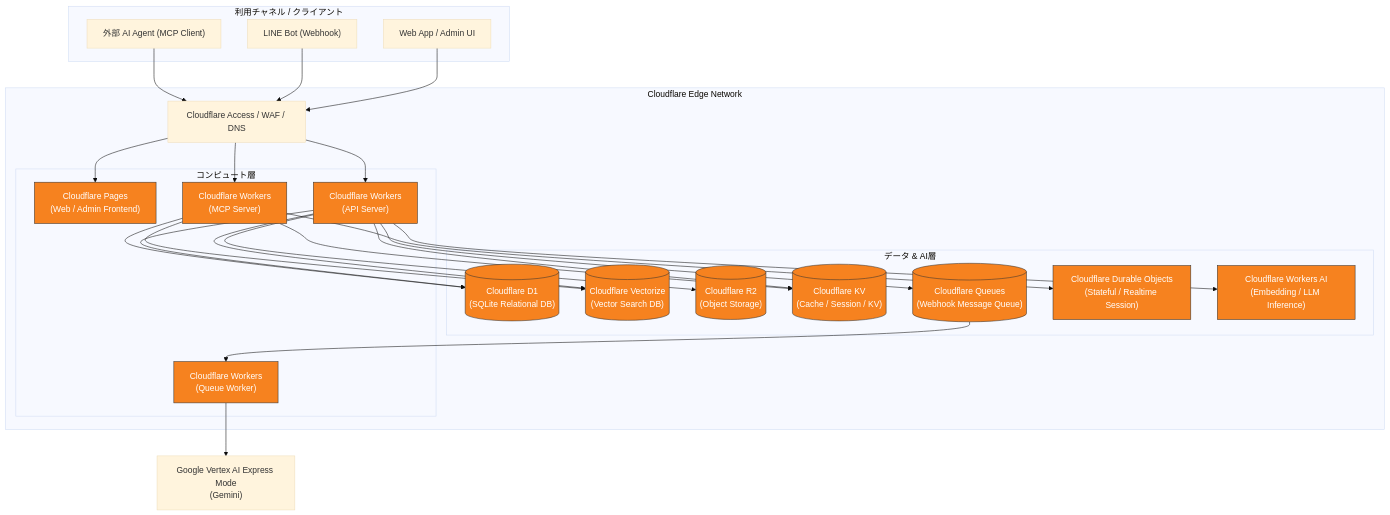
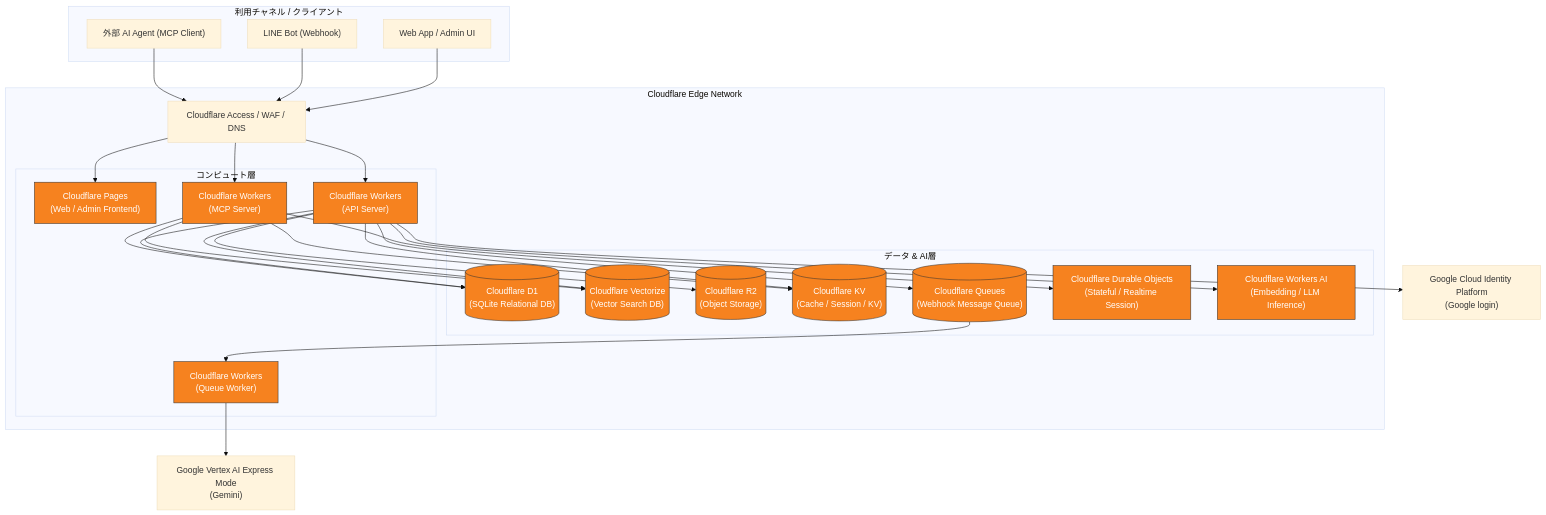
Before and after one commit to kkyosuke/me-builder: the first of 3 diagrams in docs/architecture/infrastructure-architecture.md, drawn with Mermaid (base theme). The commit also changed other lines of this file and 66 other files, not shown here.

````diff
--- a/docs/architecture/infrastructure-architecture.md
+++ b/docs/architecture/infrastructure-architecture.md
@@ -33,57 +33,59 @@
 ```mermaid
 flowchart TD
     subgraph Clients["利用チャネル / クライアント"]
         Web["Web App / Admin UI"]
         LINE["LINE Bot (Webhook)"]
         Agent["外部 AI Agent (MCP Client)"]
     end
 
     subgraph Edge["Cloudflare Edge Network"]
         CF_Sec["Cloudflare Access / WAF / DNS"]
         
         subgraph Compute["コンピュート層"]
             Pages["Cloudflare Pages<br/>(Web / Admin Frontend)"]
             WorkersAPI["Cloudflare Workers<br/>(API Server)"]
             WorkersMCP["Cloudflare Workers<br/>(MCP Server)"]
             WorkersWorker["Cloudflare Workers<br/>(Queue Worker)"]
         end
 
         subgraph Storage["データ & AI層"]
             D1[("Cloudflare D1<br/>(SQLite Relational DB)")]
             Vectorize[("Cloudflare Vectorize<br/>(Vector Search DB)")]
             R2[("Cloudflare R2<br/>(Object Storage)")]
             KV[("Cloudflare KV<br/>(Cache / Session / KV)")]
             Queues[("Cloudflare Queues<br/>(Webhook Message Queue)")]
             DO["Cloudflare Durable Objects<br/>(Stateful / Realtime Session)"]
             WorkersAI["Cloudflare Workers AI<br/>(Embedding / LLM Inference)"]
         end
     end
 
     Gemini["Google Vertex AI Express Mode<br/>(Gemini)"]
+    IdentityPlatform["Google Cloud Identity Platform<br/>(Google login)"]
 
     Web --> CF_Sec
     LINE --> CF_Sec
     Agent --> CF_Sec
 
     CF_Sec --> Pages
     CF_Sec --> WorkersAPI
     CF_Sec --> WorkersMCP
 
     WorkersAPI --> Queues
     Queues --> WorkersWorker
     WorkersWorker --> Gemini
+    WorkersAPI --> IdentityPlatform
 
     WorkersAPI --> D1
     WorkersAPI --> R2
     WorkersAPI --> KV
     WorkersAPI --> Vectorize
     WorkersAPI --> WorkersAI
 
     WorkersMCP --> DO
     WorkersMCP --> D1
     WorkersMCP --> Vectorize
     WorkersMCP --> KV
 
     classDef cfFill fill:#f6821f,stroke:#333,stroke-width:1px,color:#fff;
     class Pages,WorkersAPI,WorkersMCP,WorkersWorker,D1,Vectorize,R2,KV,Queues,DO,WorkersAI cfFill;
 ```
````
